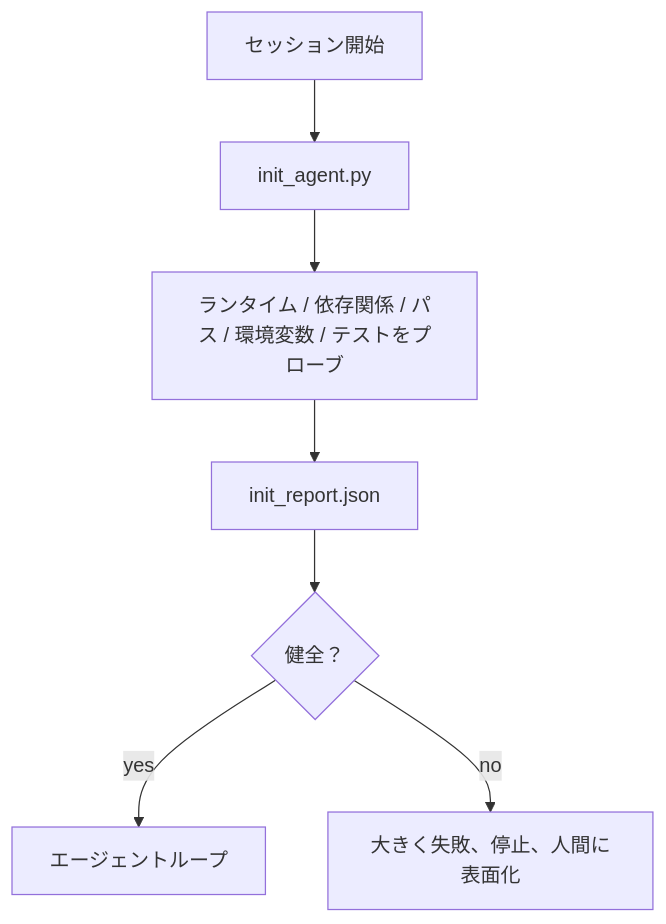
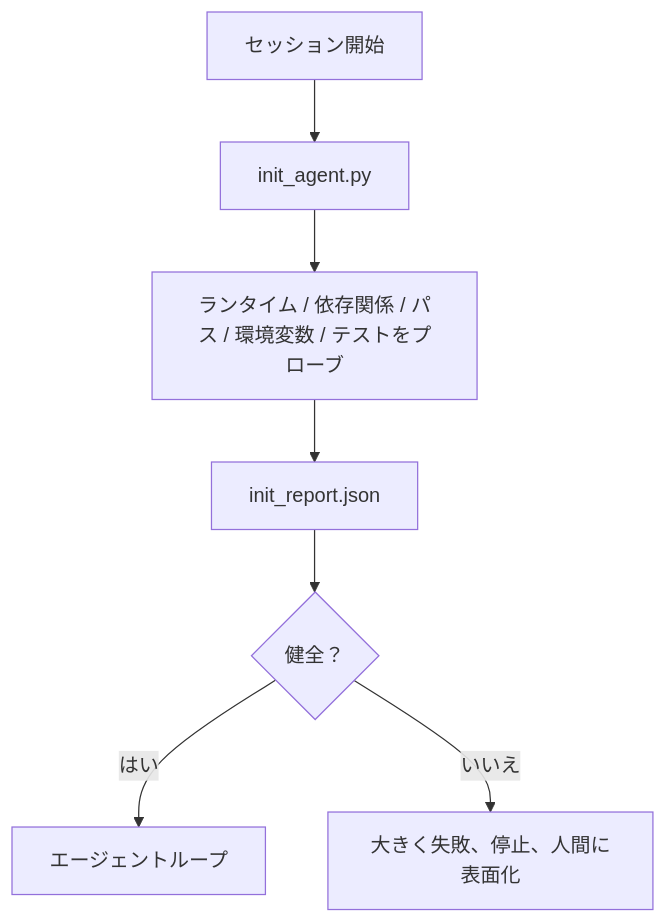
The diagram in content/phases/14-agent-engineering/35-initialization-scripts/lesson.ja.md (shoshoshomen/synapse-academy), drawn with Mermaid before and after one commit. The commit also changed 124 other files, not shown here.

First line of the commit message:
feat(i18n): mermaid図のラベルを日本語化(194レッスン/374図)

````diff
--- a/content/phases/14-agent-engineering/35-initialization-scripts/lesson.ja.md
+++ b/content/phases/14-agent-engineering/35-initialization-scripts/lesson.ja.md
@@ -21,9 +21,9 @@
 ```mermaid
 flowchart TD
-  Start[セッション開始] --> Init[init_agent.py]
-  Init --> Probes[ランタイム / 依存関係 / パス / 環境変数 / テストをプローブ]
-  Probes --> Report[init_report.json]
-  Report --> Decision{健全？}
-  Decision -- yes --> Agent[エージェントループ]
-  Decision -- no --> Halt[大きく失敗、停止、人間に表面化]
+  Start["セッション開始"] --> Init["init_agent.py"]
+  Init --> Probes["ランタイム / 依存関係 / パス / 環境変数 / テストをプローブ"]
+  Probes --> Report["init_report.json"]
+  Report --> Decision{"健全？"}
+  Decision -- "はい" --> Agent["エージェントループ"]
+  Decision -- "いいえ" --> Halt["大きく失敗、停止、人間に表面化"]
 ```
````
